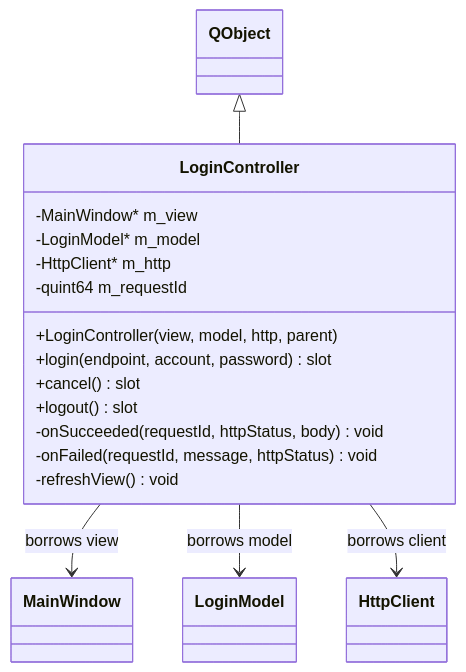
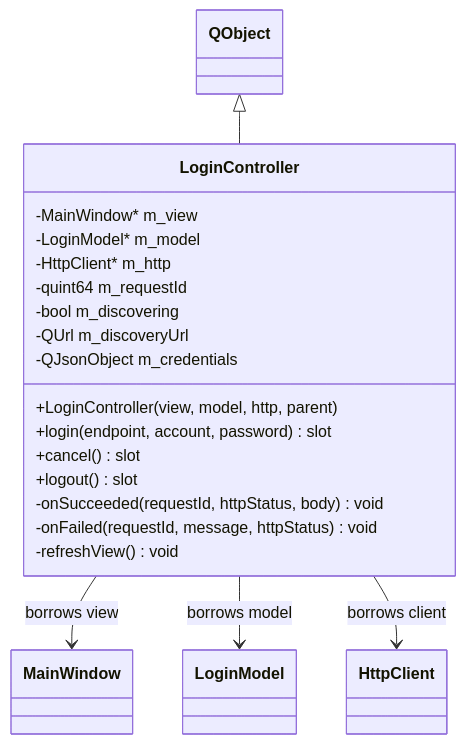
The diagram in docs/uml/LoginController.mmd (kingsman-svg/OBS), drawn with Mermaid before and after one commit. The commit also changed 81 other files, not shown here.

```diff
--- a/docs/uml/LoginController.mmd
+++ b/docs/uml/LoginController.mmd
@@ -1,18 +1,21 @@
 classDiagram
 class LoginController {
   -MainWindow* m_view
   -LoginModel* m_model
   -HttpClient* m_http
   -quint64 m_requestId
+  -bool m_discovering
+  -QUrl m_discoveryUrl
+  -QJsonObject m_credentials
   +LoginController(view, model, http, parent)
   +login(endpoint, account, password) slot
   +cancel() slot
   +logout() slot
   -onSucceeded(requestId, httpStatus, body) void
   -onFailed(requestId, message, httpStatus) void
   -refreshView() void
 }
 QObject <|-- LoginController
 LoginController --> MainWindow : borrows view
 LoginController --> LoginModel : borrows model
 LoginController --> HttpClient : borrows client
```
